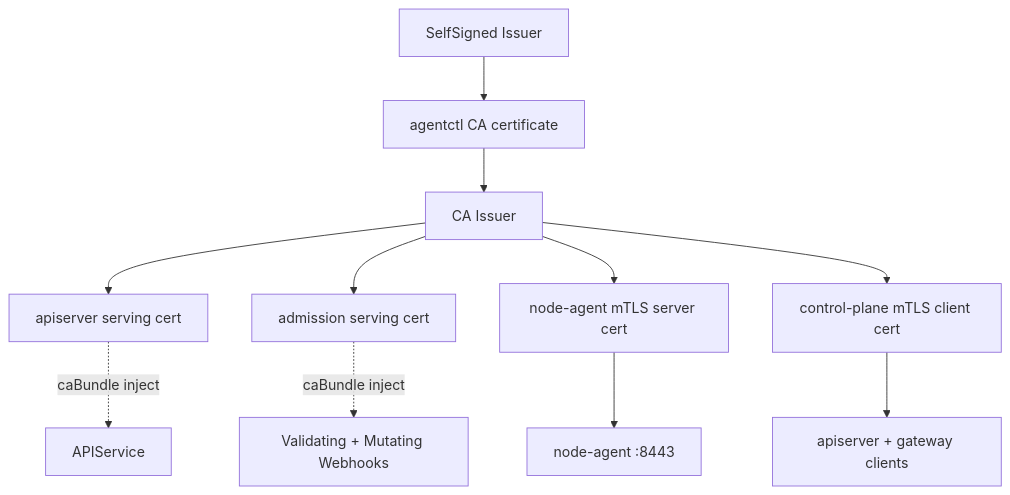
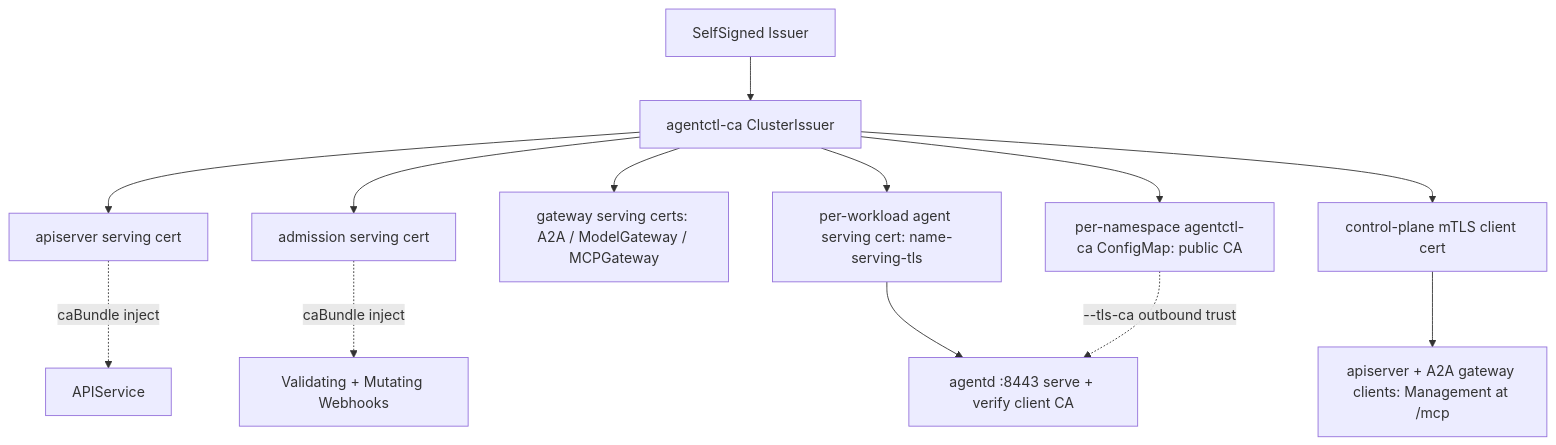
One commit to AgentCTL-dev/source-code changed the third of 13 diagrams in docs/architecture.md. Above: the diagram before and after it, drawn with Mermaid. The commit also changed other lines of this file and 15 other files, not shown here.

````diff
--- a/docs/architecture.md
+++ b/docs/architecture.md
@@ -95,13 +105,15 @@
 ```mermaid
 flowchart TB
-  ss[SelfSigned Issuer] --> ca[agentctl CA certificate]
-  ca --> caissuer[CA Issuer]
-  caissuer --> apicert[apiserver serving cert]
-  caissuer --> admcert[admission serving cert]
-  caissuer --> nacert[node-agent mTLS server cert]
-  caissuer --> clcert[control-plane mTLS client cert]
+  ss[SelfSigned Issuer] --> ca[agentctl-ca ClusterIssuer]
+  ca --> apicert[apiserver serving cert]
+  ca --> admcert[admission serving cert]
+  ca --> gwcert[gateway serving certs: A2A / ModelGateway / MCPGateway]
+  ca --> wlcert[per-workload agent serving cert: name-serving-tls]
+  ca --> nscm[per-namespace agentctl-ca ConfigMap: public CA]
+  ca --> clcert[control-plane mTLS client cert]
   apicert -.->|caBundle inject| apisvc[APIService]
   admcert -.->|caBundle inject| webhook[Validating + Mutating Webhooks]
-  nacert --> na[node-agent :8443]
-  clcert --> apiclient[apiserver + gateway clients]
+  wlcert --> agent[agentd :8443 serve + verify client CA]
+  nscm -.->|--tls-ca outbound trust| agent
+  clcert --> apiclient[apiserver + A2A gateway clients: Management at /mcp]
 ```
````
